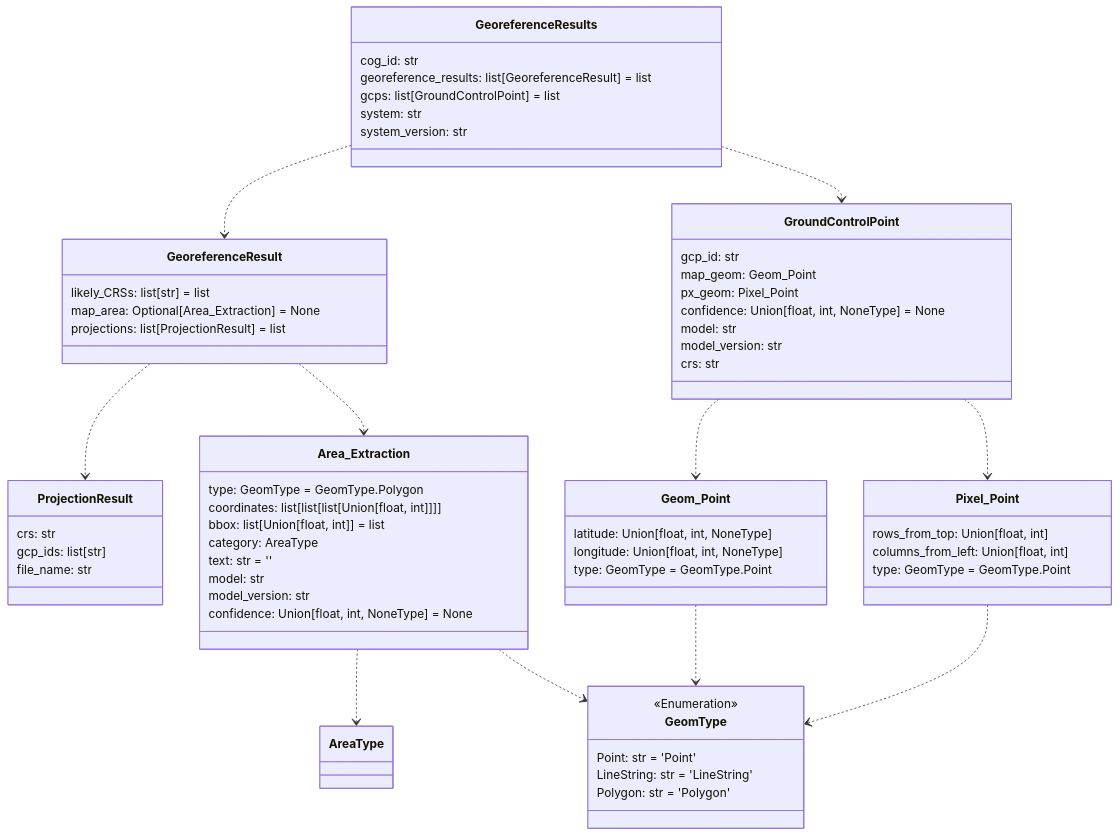
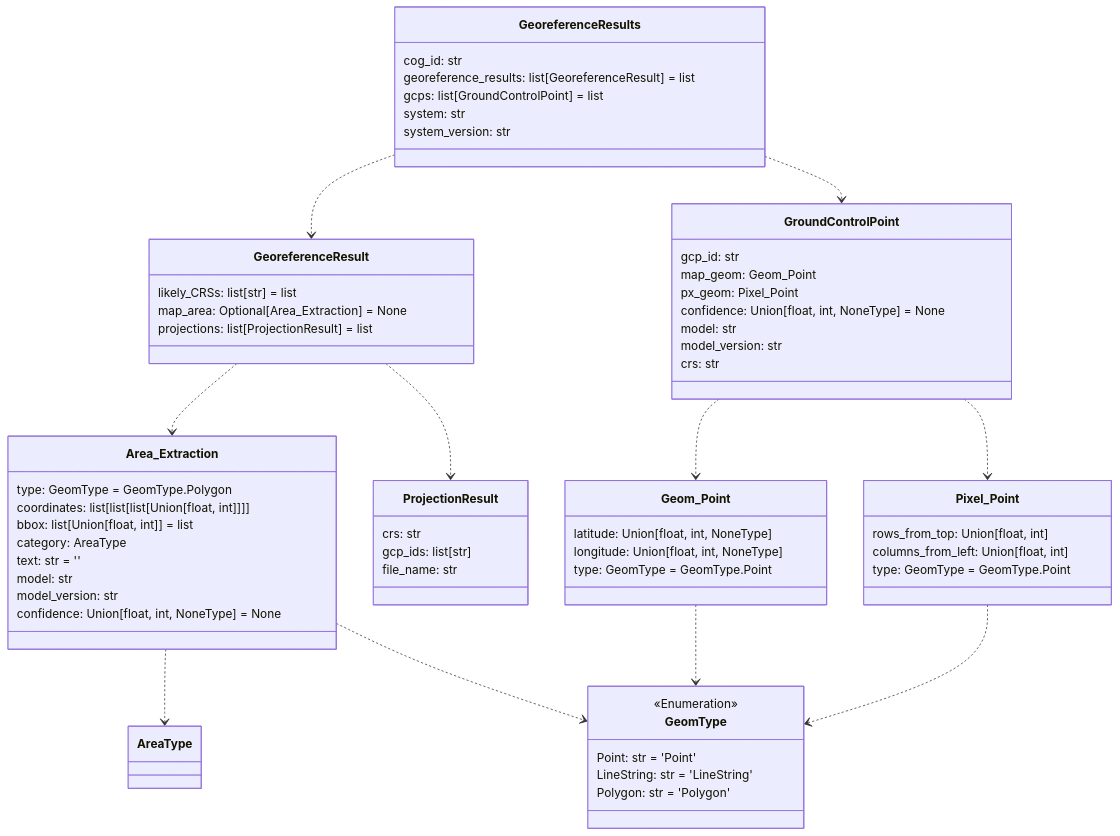
Before and after one commit to DARPA-CRITICALMAAS/cdr_schemas: the second of 12 diagrams in README.md, drawn with Mermaid. The commit also changed other lines of this file and 1 other file, not shown here.

Commit message:
bump version (#29)

````diff
--- a/README.md
+++ b/README.md
@@ -113,76 +113,76 @@
 ```mermaid
 classDiagram
-
-    class GeoreferenceResults {
-        cog_id: str
-        georeference_results: list[GeoreferenceResult] = list
-        gcps: list[GroundControlPoint] = list
-        system: str
-        system_version: str
-    }
 
     class GroundControlPoint {
         gcp_id: str
         map_geom: Geom_Point
         px_geom: Pixel_Point
         confidence: Union[float, int, NoneType] = None
         model: str
         model_version: str
         crs: str
-    }
-
-    class GeoreferenceResult {
-        likely_CRSs: list[str] = list
-        map_area: Optional[Area_Extraction] = None
-        projections: list[ProjectionResult] = list
-    }
-
-    class ProjectionResult {
-        crs: str
-        gcp_ids: list[str]
-        file_name: str
-    }
-
-    class Geom_Point {
-        latitude: Union[float, int, NoneType]
-        longitude: Union[float, int, NoneType]
-        type: GeomType = GeomType.Point
-    }
-
-    class GeomType {
-        <<Enumeration>>
-        Point: str = 'Point'
-        LineString: str = 'LineString'
-        Polygon: str = 'Polygon'
     }
 
     class Area_Extraction {
         type: GeomType = GeomType.Polygon
         coordinates: list[list[list[Union[float, int]]]]
         bbox: list[Union[float, int]] = list
         category: AreaType
         text: str = ''
         model: str
         model_version: str
         confidence: Union[float, int, NoneType] = None
     }
 
+    class ProjectionResult {
+        crs: str
+        gcp_ids: list[str]
+        file_name: str
+    }
+
+    class GeoreferenceResult {
+        likely_CRSs: list[str] = list
+        map_area: Optional[Area_Extraction] = None
+        projections: list[ProjectionResult] = list
+    }
+
+    class GeomType {
+        <<Enumeration>>
+        Point: str = 'Point'
+        LineString: str = 'LineString'
+        Polygon: str = 'Polygon'
+    }
+
     class Pixel_Point {
         rows_from_top: Union[float, int]
         columns_from_left: Union[float, int]
+        type: GeomType = GeomType.Point
+    }
+
+    class GeoreferenceResults {
+        cog_id: str
+        georeference_results: list[GeoreferenceResult] = list
+        gcps: list[GroundControlPoint] = list
+        system: str
+        system_version: str
+    }
+
+    class Geom_Point {
+        latitude: Union[float, int, NoneType]
+        longitude: Union[float, int, NoneType]
         type: GeomType = GeomType.Point
     }
 
     Area_Extraction ..> AreaType
     Area_Extraction ..> GeomType
     Geom_Point ..> GeomType
     Pixel_Point ..> GeomType
+    GroundControlPoint ..> Pixel_Point
     GroundControlPoint ..> Geom_Point
-    GroundControlPoint ..> Pixel_Point
     GeoreferenceResult ..> Area_Extraction
     GeoreferenceResult ..> ProjectionResult
+    GeoreferenceResults ..> GroundControlPoint
     GeoreferenceResults ..> GeoreferenceResult
-    GeoreferenceResults ..> GroundControlPoint
 
 
 ```
````
